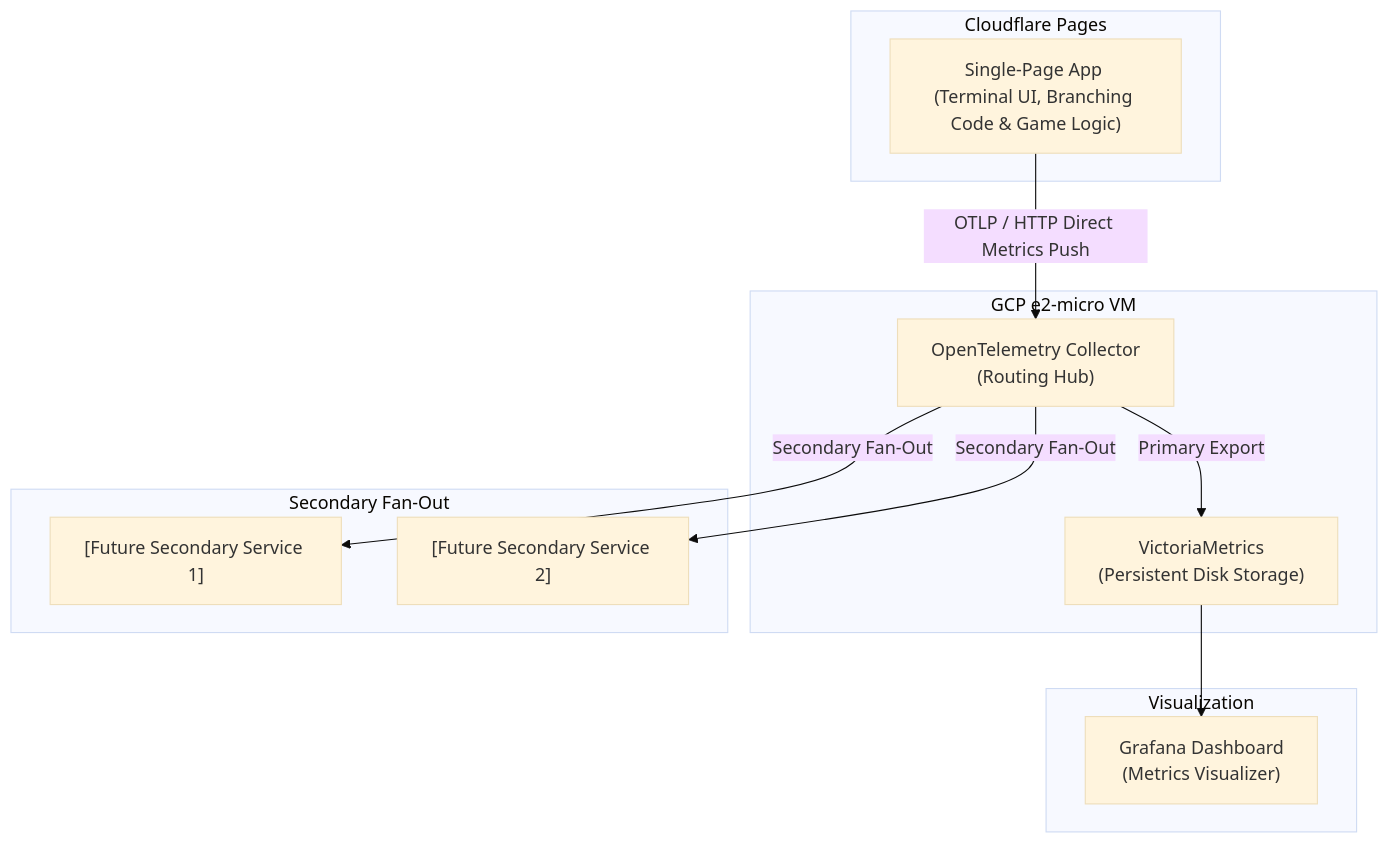
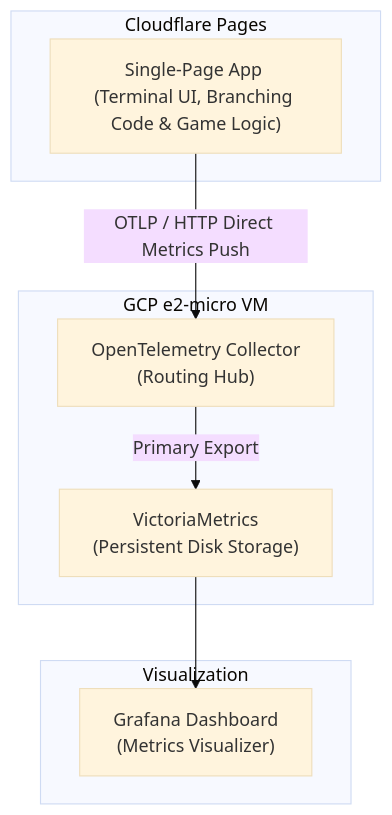
The diagram in _docs/architecture.md (maryfranks/thelibrary), drawn with Mermaid (base theme) before and after one commit. The commit also changed other lines of this file and 5 other files, not shown here.

````diff
--- a/_docs/architecture.md
+++ b/_docs/architecture.md
@@ -37,26 +36,19 @@
 ```mermaid
 graph TD
     subgraph Cloudflare Pages
         SPA["Single-Page App <br/>(Terminal UI, Branching Code & Game Logic)"]
     end
 
     subgraph GCP e2-micro VM
         OTEL["OpenTelemetry Collector <br/>(Routing Hub)"]
         VM["VictoriaMetrics <br/>(Persistent Disk Storage)"]
     end
 
     subgraph Visualization
         Grafana["Grafana Dashboard <br/>(Metrics Visualizer)"]
     end
 
-    subgraph Secondary Fan-Out
-        S1["[Future Secondary Service 1]"]
-        S2["[Future Secondary Service 2]"]
-    end
-
     SPA -->|OTLP / HTTP Direct Metrics Push| OTEL
     OTEL -->|Primary Export| VM
     VM --> Grafana
-    OTEL -->|Secondary Fan-Out| S1
-    OTEL -->|Secondary Fan-Out| S2
 ```
````
